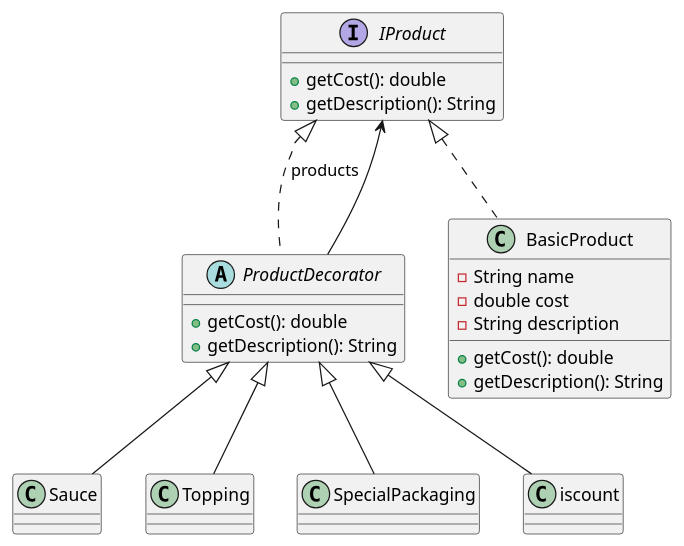
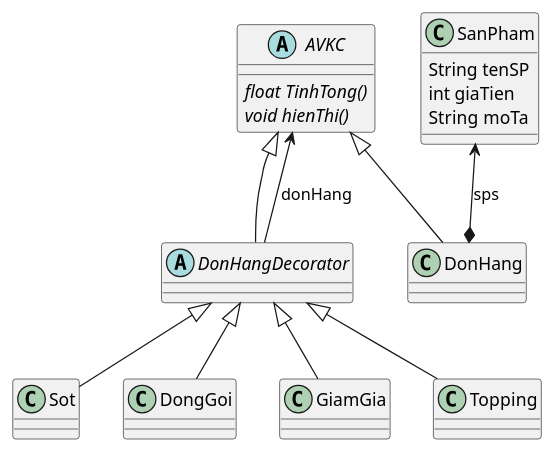
The diagram in 65130650_TranMaiNgocDuy/src/onthigk/decorator/cuahanganvat/cuahang_diagram.puml (duy-debug/design-patterns), drawn with PlantUML before and after one commit. The commit also changed 54 other files, not shown here.

```diff
--- a/65130650_TranMaiNgocDuy/src/onthigk/decorator/cuahanganvat/cuahang_diagram.puml
+++ b/65130650_TranMaiNgocDuy/src/onthigk/decorator/cuahanganvat/cuahang_diagram.puml
@@ -1,28 +1,36 @@
 @startuml
-'https://plantuml.com/class-diagram
-interface IProduct{
-+ getCost(): double
-+ getDescription(): String
+abstract class AVKC{
+    {abstract} float TinhTong()
+    {abstract} void hienThi()
 }
-abstract class ProductDecorator{
-+ getCost(): double
-+ getDescription(): String
+class SanPham{
+    String tenSP
+    int giaTien
+    String moTa
 }
-class BasicProduct{
-- String name
-- double cost
-- String description
-+ getCost(): double
-+ getDescription(): String
+class DonHang{
+
 }
-class Sauce
-class Topping
-class SpecialPackaging
-IProduct <|.. BasicProduct
-IProduct <|.. ProductDecorator: products
-ProductDecorator --> IProduct
-ProductDecorator<|--Topping
-ProductDecorator<|--Sauce
-ProductDecorator<|--Discount
-ProductDecorator<|--SpecialPackaging
+abstract class DonHangDecorator{
+
+}
+class Sot{
+
+}
+class DongGoi{
+
+}
+class GiamGia{
+
+}
+
+AVKC <|-- DonHang
+AVKC <|-- DonHangDecorator
+DonHangDecorator --> AVKC:donHang
+SanPham <--* DonHang: sps
+DonHangDecorator <|-- Topping
+DonHangDecorator <|-- Sot
+DonHangDecorator <|-- DongGoi
+DonHangDecorator <|-- GiamGia
+
 @enduml
```
